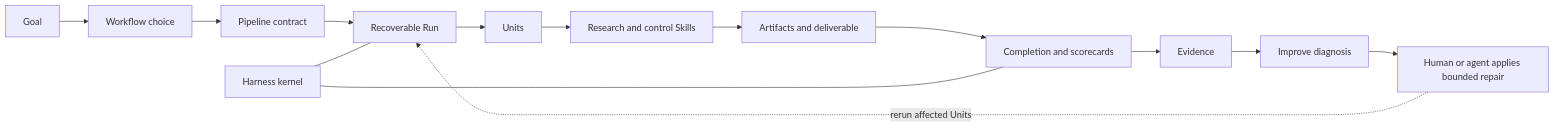
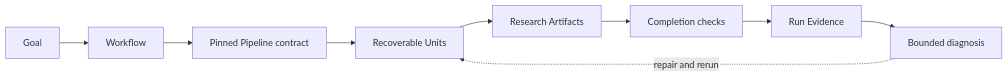
One commit to WILLOSCAR/research-units-pipeline-skills changed the diagram in README.md. Above: the diagram before and after it, drawn with Mermaid. The commit also changed other lines of this file and 69 other files, not shown here.

````diff
--- a/README.md
+++ b/README.md
@@ -122,17 +108,11 @@
 ```mermaid
 flowchart LR
-    G["Goal"] --> W["Workflow choice"]
-    W --> P["Pipeline contract"]
-    P --> R["Recoverable Run"]
-    R --> U["Units"]
-    U --> S["Research and control Skills"]
-    S --> A["Artifacts and deliverable"]
-    A --> C["Completion and scorecards"]
-    C --> E["Evidence"]
-    E --> I["Improve diagnosis"]
-    I --> O["Human or agent applies bounded repair"]
-    O -. "rerun affected Units" .-> R
-
-    H["Harness kernel"] --- R
-    H --- C
+    G["Goal"] --> W["Workflow"]
+    W --> P["Pinned Pipeline contract"]
+    P --> U["Recoverable Units"]
+    U --> A["Research Artifacts"]
+    A --> C["Completion checks"]
+    C --> E["Run Evidence"]
+    E --> D["Bounded diagnosis"]
+    D -. "repair and rerun" .-> U
 ```
````
